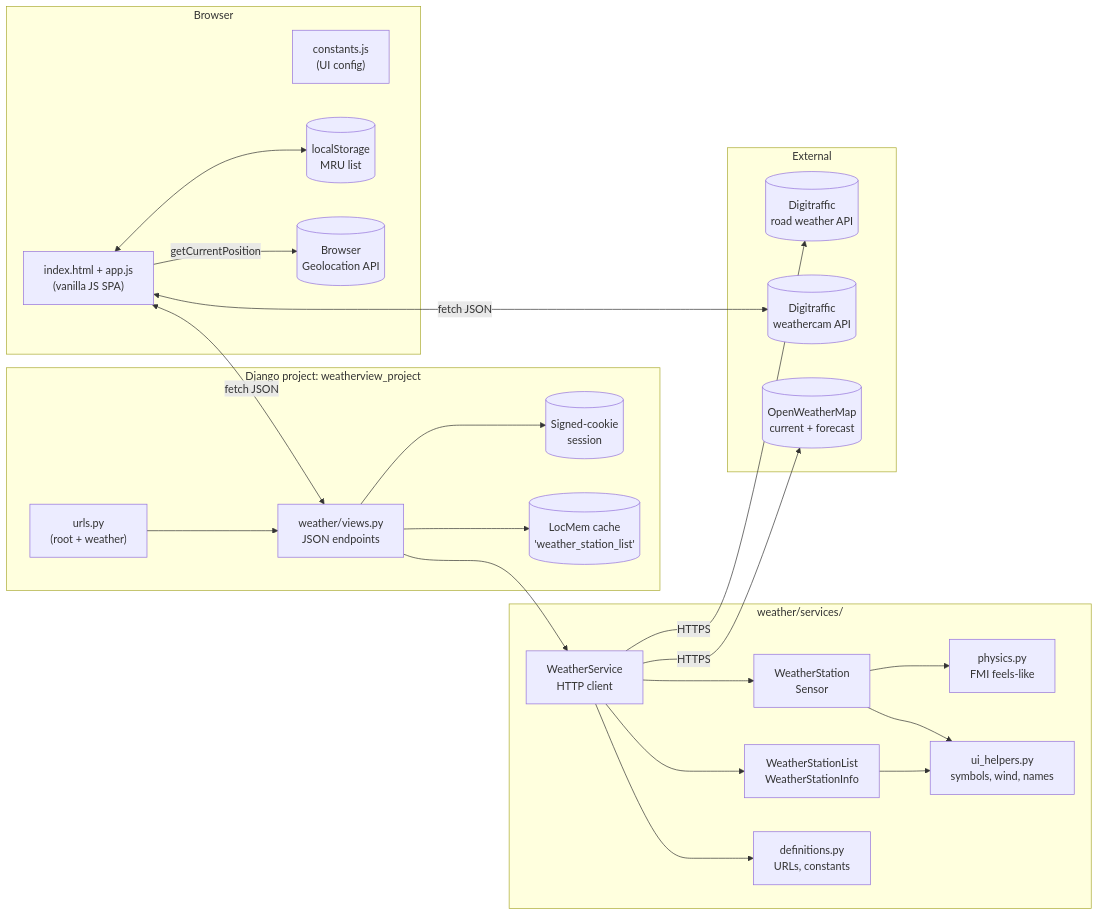
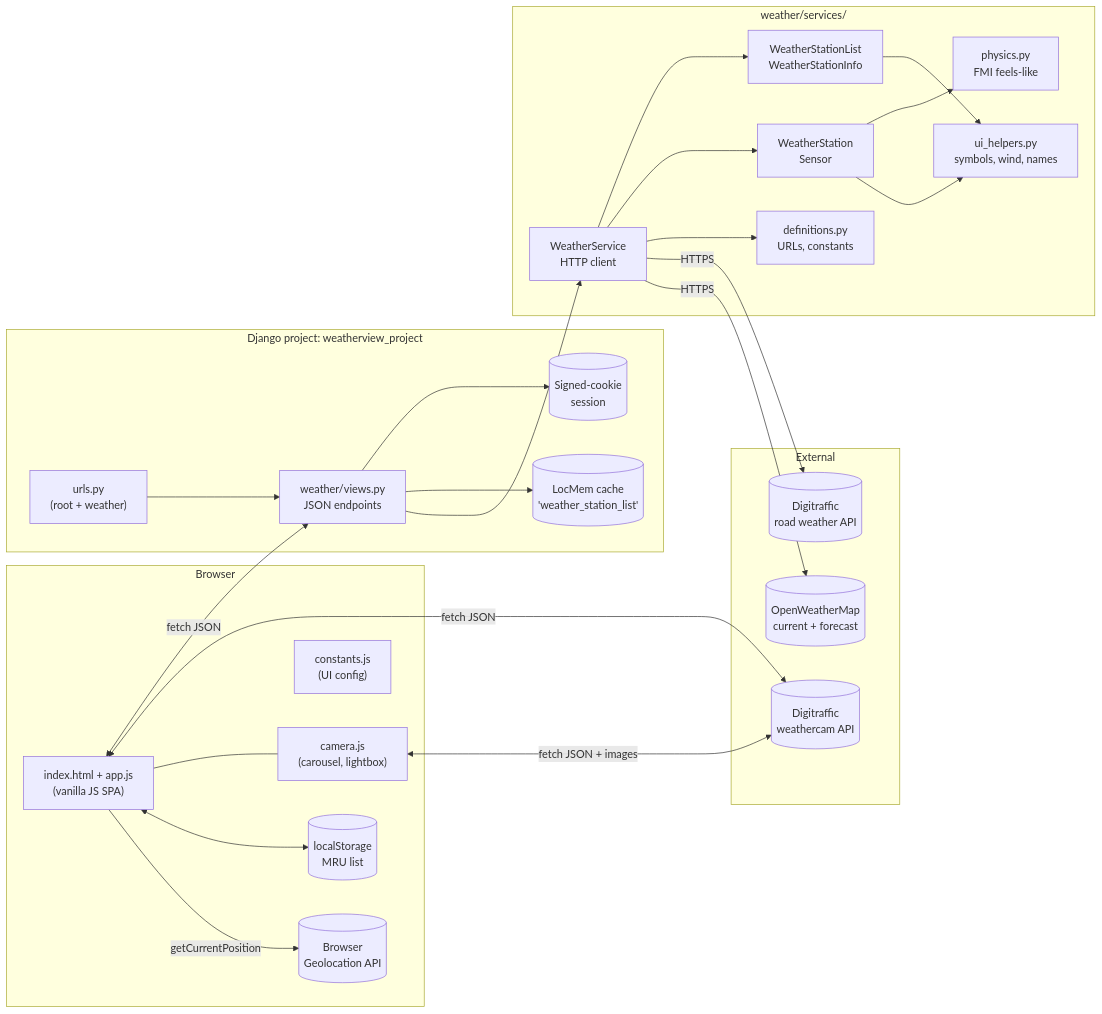
The first of 10 diagrams in docs/ARCHITECTURE.md (jjankkil/weatherview-django), drawn with Mermaid before and after one commit. The commit also changed other lines of this file and 5 other files, not shown here.

````diff
--- a/docs/ARCHITECTURE.md
+++ b/docs/ARCHITECTURE.md
@@ -20,48 +20,51 @@
 ```mermaid
 flowchart LR
     subgraph Browser
         UI["index.html + app.js<br/>(vanilla JS SPA)"]
+        CAM["camera.js<br/>(carousel, lightbox)"]
         CONST["constants.js<br/>(UI config)"]
         LS[("localStorage<br/>MRU list")]
         GEO[("Browser<br/>Geolocation API")]
     end
 
     subgraph Django["Django project: weatherview_project"]
         URLS["urls.py<br/>(root + weather)"]
         VIEWS["weather/views.py<br/>JSON endpoints"]
         SESSION[("Signed-cookie<br/>session")]
         CACHE[("LocMem cache<br/>'weather_station_list'")]
     end
 
     subgraph Services["weather/services/"]
         WS["WeatherService<br/>HTTP client"]
         SL["WeatherStationList<br/>WeatherStationInfo"]
         WST["WeatherStation<br/>Sensor"]
         PHY["physics.py<br/>FMI feels-like"]
         UIH["ui_helpers.py<br/>symbols, wind, names"]
         DEF["definitions.py<br/>URLs, constants"]
     end
 
     subgraph External
         DT[("Digitraffic<br/>road weather API")]
         DTCam[("Digitraffic<br/>weathercam API")]
         OWM[("OpenWeatherMap<br/>current + forecast")]
     end
 
     UI <-->|fetch JSON| VIEWS
     UI <-->|fetch JSON| DTCam
+    UI --- CAM
+    CAM <-->|fetch JSON + images| DTCam
     UI <--> LS
     UI -->|getCurrentPosition| GEO
     URLS --> VIEWS
     VIEWS --> SESSION
     VIEWS --> CACHE
     VIEWS --> WS
     WS --> SL
     WS --> WST
     WST --> PHY
     WST --> UIH
     SL --> UIH
     WS --> DEF
     WS -->|HTTPS| DT
     WS -->|HTTPS| OWM
 ```
````
